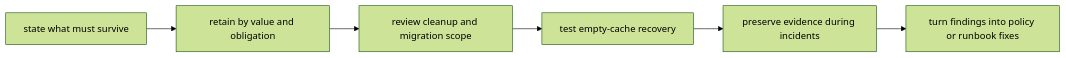
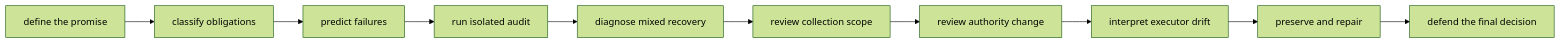
The third of 3 diagrams in programs/reproducible-research/deep-dive-dvc/course-book/module-08-recovery-scale-incident-survival/exercises.md (bijux/bijux-masterclass), drawn with Mermaid (forest theme) before and after one commit. The commit also changed other lines of this file, not shown here.

Commit message:
docs(dvc): make recovery practice cumulative

````diff
--- a/programs/reproducible-research/deep-dive-dvc/course-book/module-08-recovery-scale-incident-survival/exercises.md
+++ b/programs/reproducible-research/deep-dive-dvc/course-book/module-08-recovery-scale-incident-survival/exercises.md
@@ -88,11 +60,16 @@
 ```mermaid
 flowchart LR
-  survive["state what must survive"]
-  classify["retain by value and obligation"]
-  review["review cleanup and migration scope"]
-  recover["test empty-cache recovery"]
-  preserve["preserve evidence during incidents"]
-  repair["turn findings into policy or runbook fixes"]
+  contract["define the promise"]
+  classify["classify obligations"]
+  predict["predict failures"]
+  run["run isolated audit"]
+  diagnose["diagnose mixed recovery"]
+  clean["review collection scope"]
+  cutover["review authority change"]
+  drift["interpret executor drift"]
+  incident["preserve and repair"]
+  handoff["defend the final decision"]
 
-  survive --> classify --> review --> recover --> preserve --> repair
+  contract --> classify --> predict --> run --> diagnose
+  diagnose --> clean --> cutover --> drift --> incident --> handoff
 ```
````
